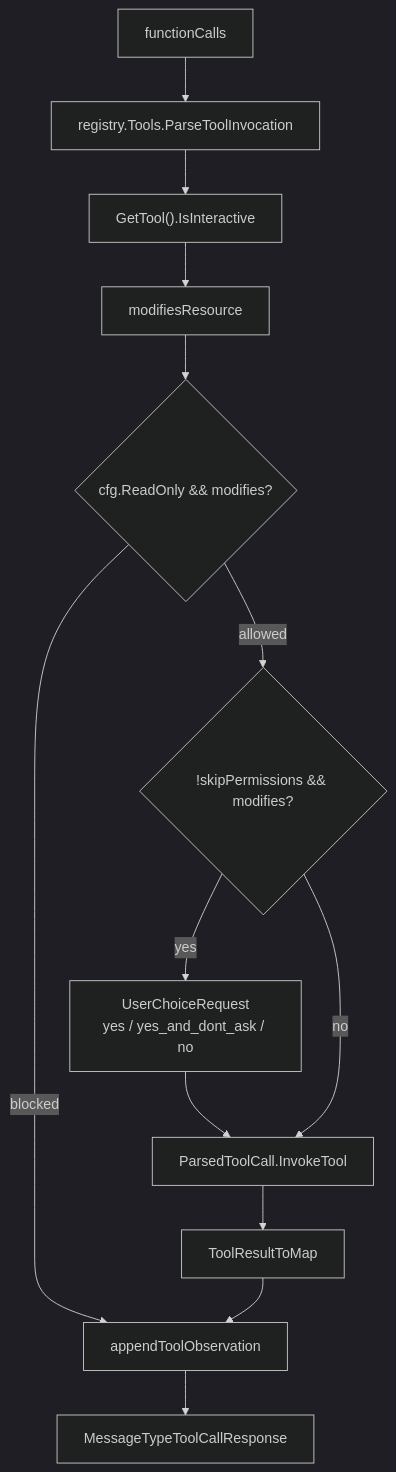
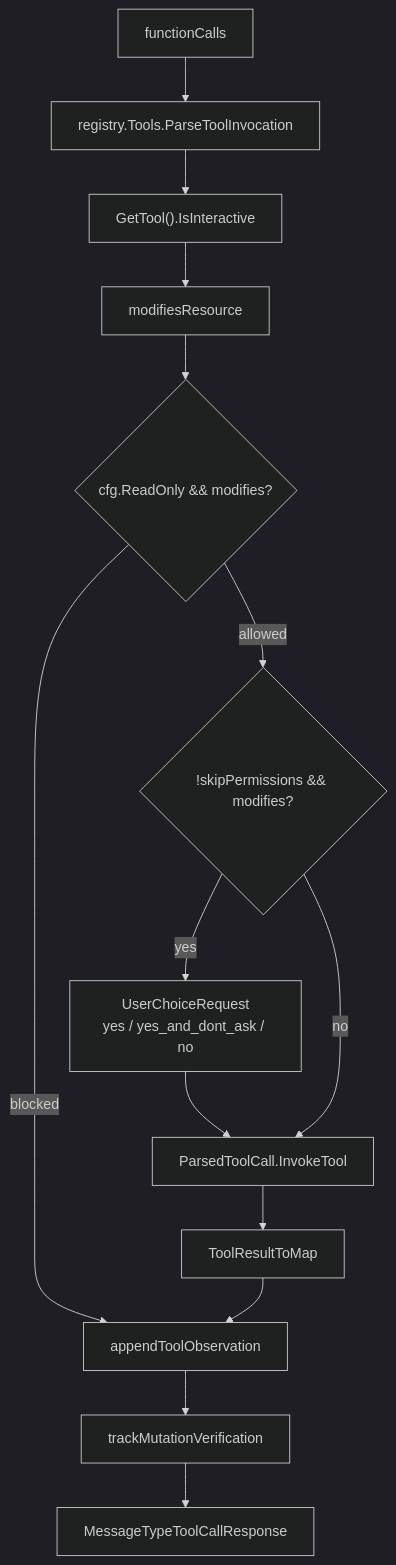
The seventh of 8 diagrams in docs/architecture_orchestrator_react.md (namgon-kim/kinx-k8s-assistant), drawn with Mermaid (dark theme) before and after one commit. The commit also changed other lines of this file and 23 other files, not shown here.

First line of the commit message:
feat: Implement mutation verification lifecycle and integrate into ReAct loop

````diff
--- a/docs/architecture_orchestrator_react.md
+++ b/docs/architecture_orchestrator_react.md
@@ -393,21 +422,22 @@
 ```mermaid
 flowchart TD
     Calls["functionCalls"]
     Parse["registry.Tools.ParseToolInvocation"]
     Interactive["GetTool().IsInteractive"]
     Modifies["modifiesResource"]
     ReadOnly{"cfg.ReadOnly && modifies?"}
     Approval{"!skipPermissions && modifies?"}
     Choice["UserChoiceRequest\nyes / yes_and_dont_ask / no"]
     Invoke["ParsedToolCall.InvokeTool"]
     Result["ToolResultToMap"]
     Observe["appendToolObservation"]
+    MutTrack["trackMutationVerification"]
     Output["MessageTypeToolCallResponse"]
 
     Calls --> Parse --> Interactive --> Modifies --> ReadOnly
     ReadOnly -- blocked --> Observe
     ReadOnly -- allowed --> Approval
     Approval -- yes --> Choice --> Invoke
     Approval -- no --> Invoke
-    Invoke --> Result --> Observe --> Output
+    Invoke --> Result --> Observe --> MutTrack --> Output
 ```
````
